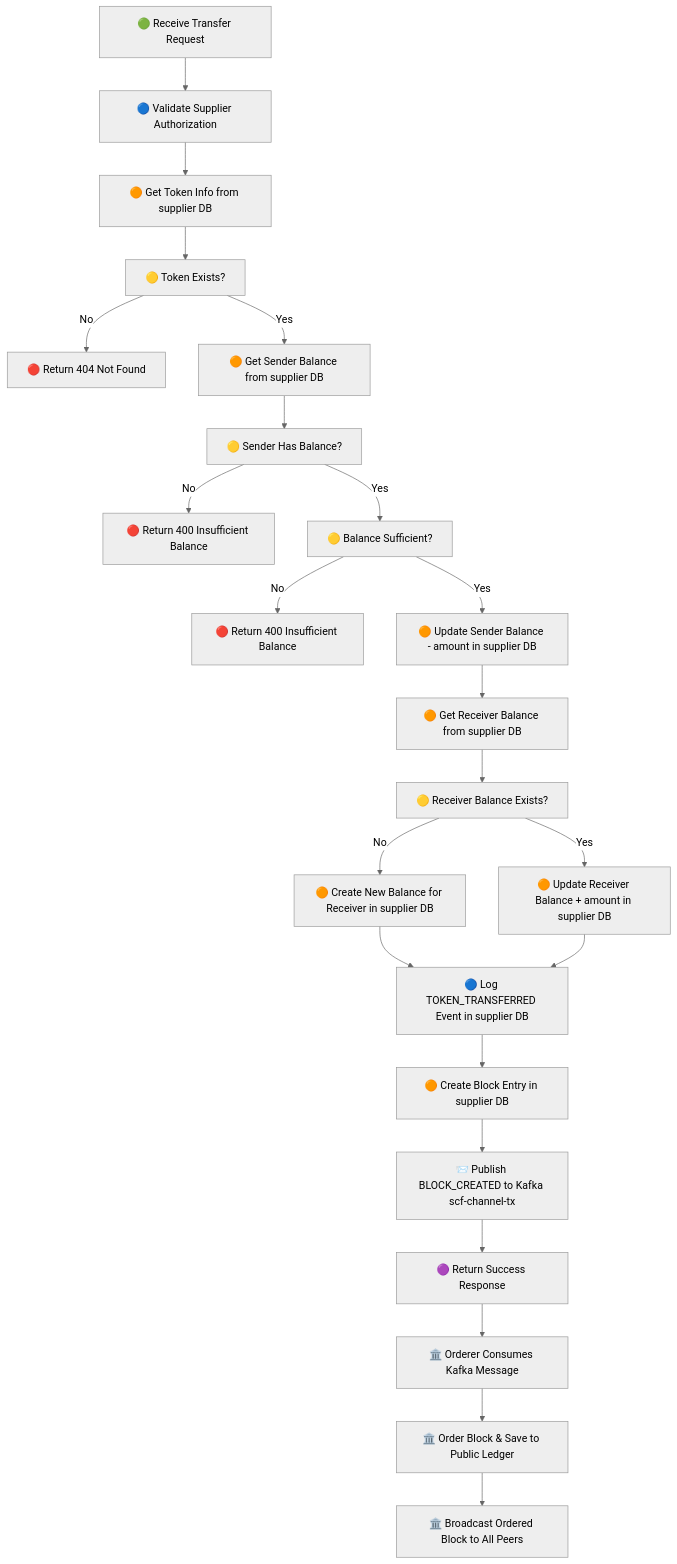
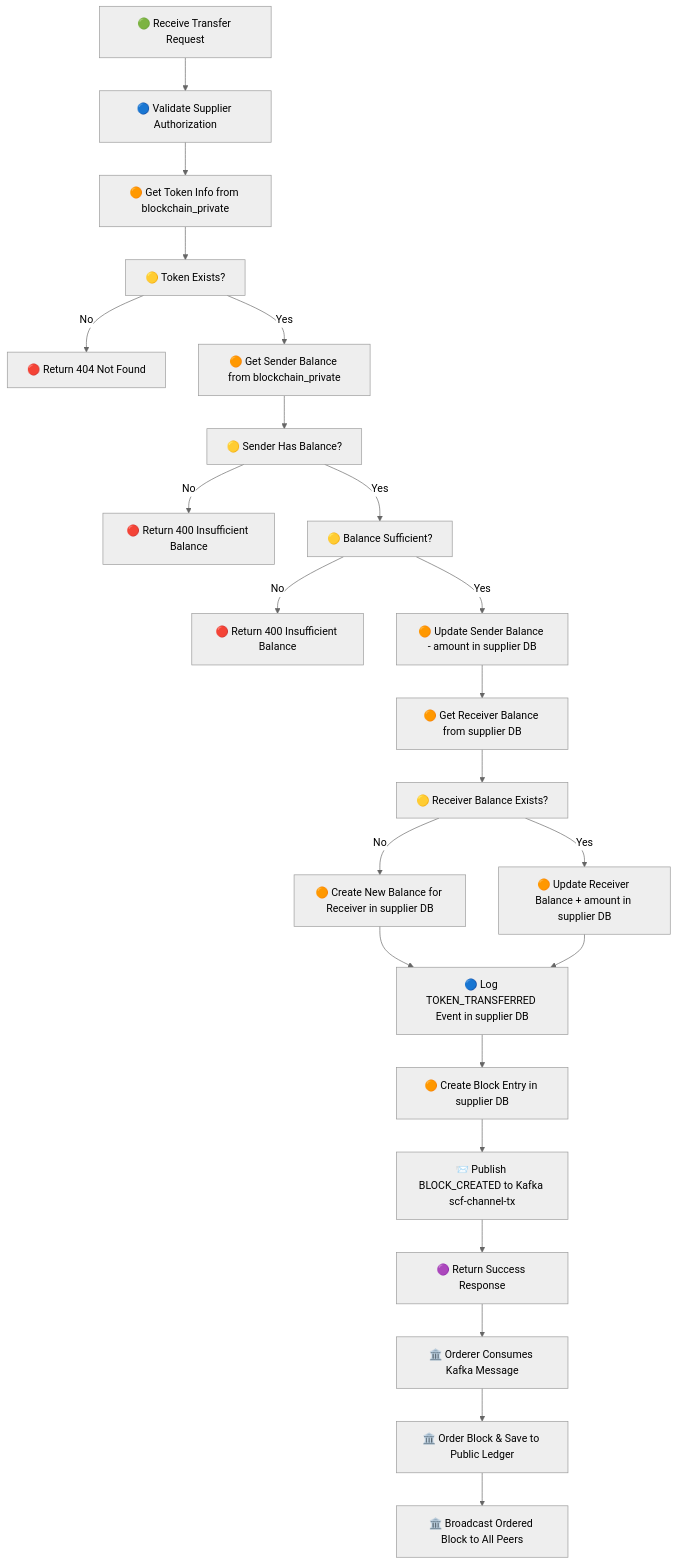
The fourth of 19 diagrams in API_Flow_Diagrams.md (trunghc97/blockchain), drawn with Mermaid (neutral theme) before and after one commit. The commit also changed other lines of this file and 26 other files, not shown here.

````diff
--- a/API_Flow_Diagrams.md
+++ b/API_Flow_Diagrams.md
@@ -112,26 +113,26 @@
 ```mermaid
 flowchart TD
     A[🟢 Receive Transfer Request] --> B[🔵 Validate Supplier Authorization]
-    B --> C[🟠 Get Token Info from supplier DB]
+    B --> C[🟠 Get Token Info from blockchain_private]
     C --> D[🟡 Token Exists?]
     D -->|No| E[🔴 Return 404 Not Found]
-    D -->|Yes| F[🟠 Get Sender Balance from supplier DB]
+    D -->|Yes| F[🟠 Get Sender Balance from blockchain_private]
     F --> G[🟡 Sender Has Balance?]
     G -->|No| H[🔴 Return 400 Insufficient Balance]
     G -->|Yes| I[🟡 Balance Sufficient?]
     I -->|No| J[🔴 Return 400 Insufficient Balance]
     I -->|Yes| K[🟠 Update Sender Balance - amount in supplier DB]
     K --> L[🟠 Get Receiver Balance from supplier DB]
     L --> M[🟡 Receiver Balance Exists?]
     M -->|No| N[🟠 Create New Balance for Receiver in supplier DB]
     M -->|Yes| O[🟠 Update Receiver Balance + amount in supplier DB]
     N --> P[🔵 Log TOKEN_TRANSFERRED Event in supplier DB]
     O --> P
     P --> Q[🟠 Create Block Entry in supplier DB]
     Q --> R[📨 Publish BLOCK_CREATED to Kafka scf-channel-tx]
     R --> S[🟣 Return Success Response]
 
     S --> T[🏛️ Orderer Consumes Kafka Message]
     T --> U[🏛️ Order Block & Save to Public Ledger]
     U --> V[🏛️ Broadcast Ordered Block to All Peers]
 ```
````
